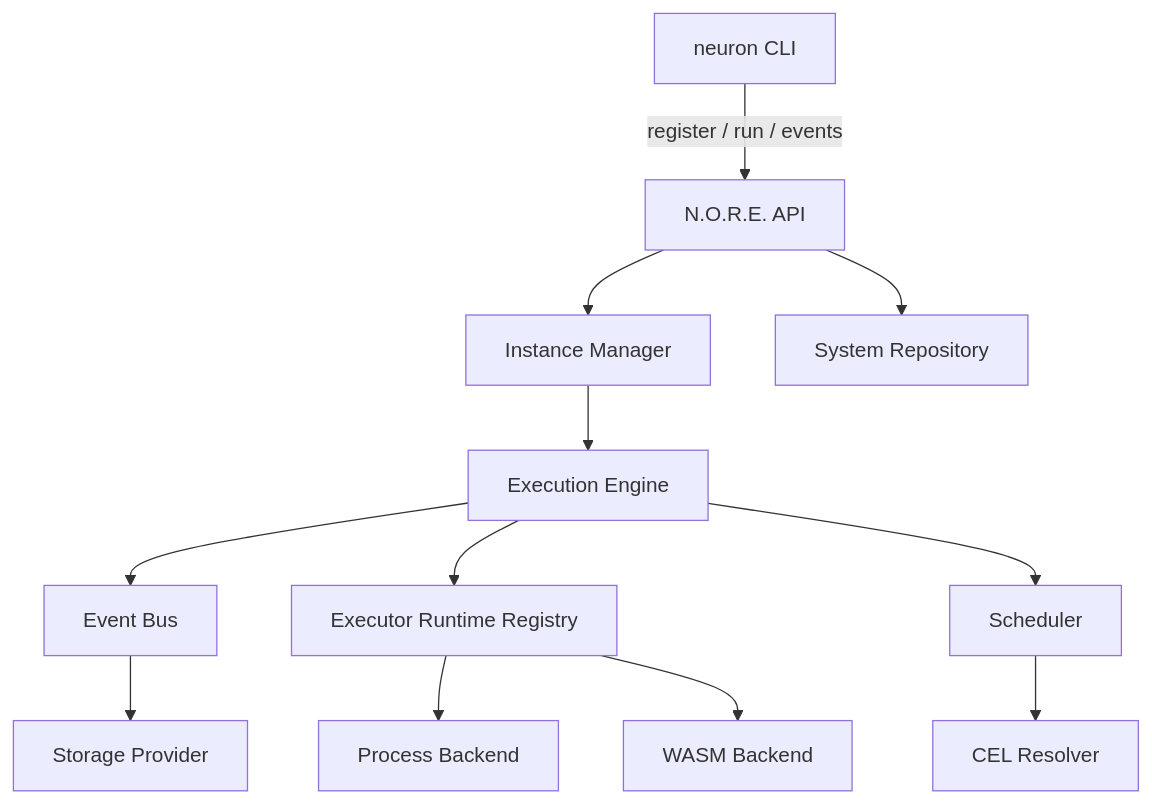
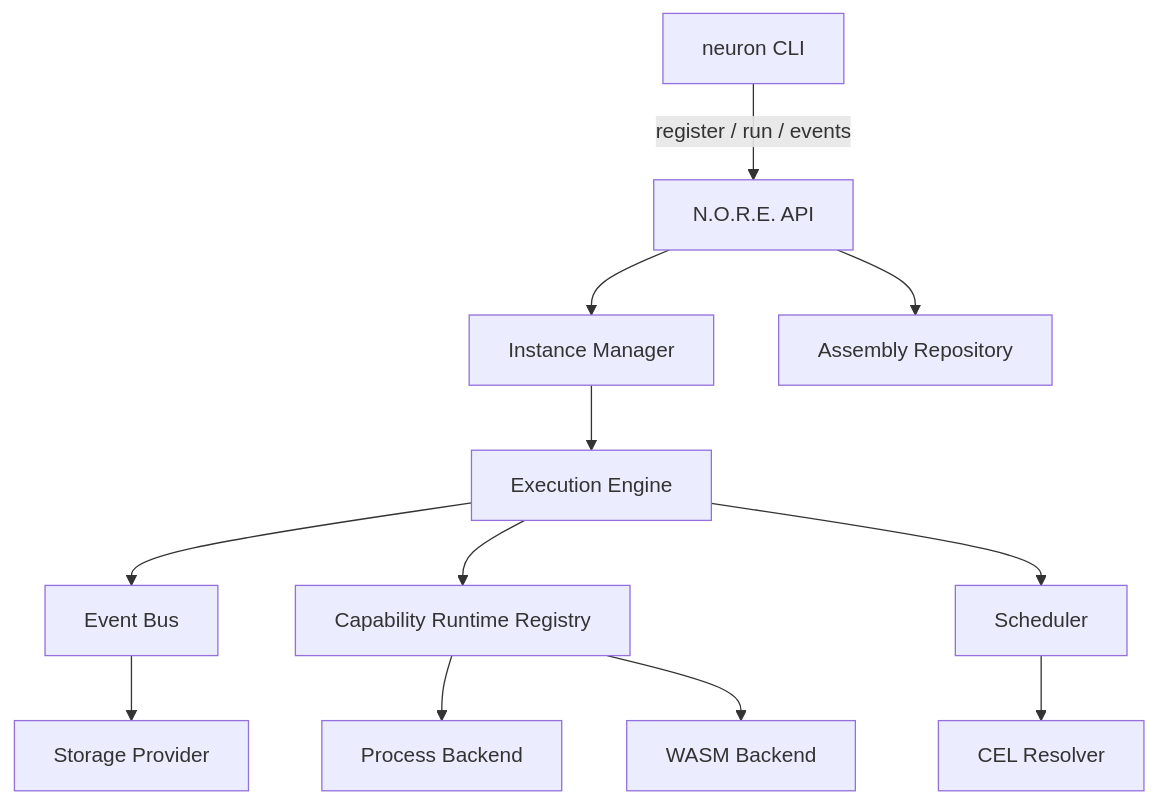
Before and after one commit to neuron-runtime/neuron: the first of 7 diagrams in nore/README.md, drawn with Mermaid. The commit also changed other lines of this file and 119 other files, not shown here.

````diff
--- a/nore/README.md
+++ b/nore/README.md
@@ -7,14 +7,14 @@
 ```mermaid
 flowchart TB
     CLI[neuron CLI] -->|register / run / events| API[N.O.R.E. API]
     API --> IM[Instance Manager]
-    API --> SR[System Repository]
+    API --> SR[Assembly Repository]
     IM --> EE[Execution Engine]
     EE --> EB[Event Bus]
-    EE --> ER[Executor Runtime Registry]
+    EE --> ER[Capability Runtime Registry]
     EB --> ST[Storage Provider]
     EE --> Sched[Scheduler]
     Sched --> Res[CEL Resolver]
     ER --> PRO[Process Backend]
     ER --> WASM[WASM Backend]
 ```
````
